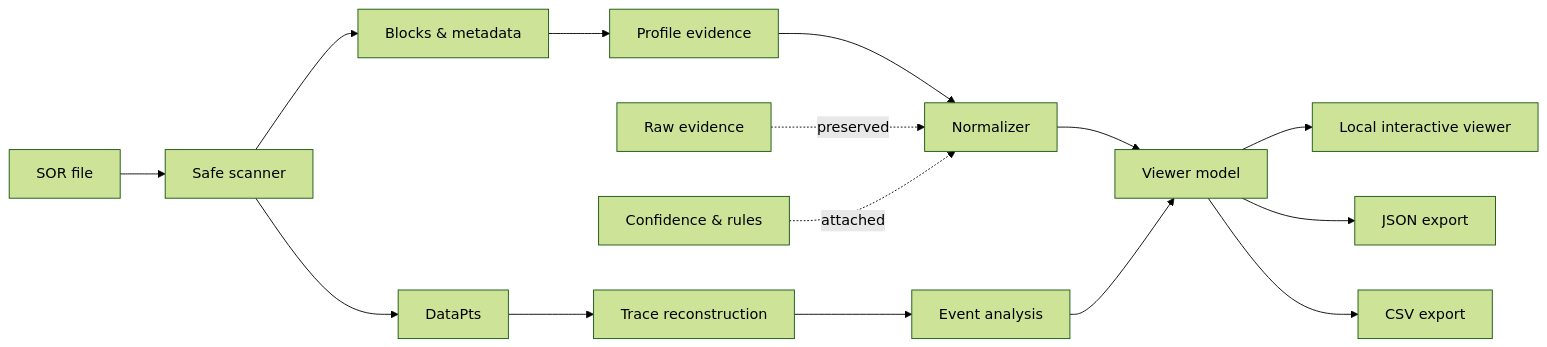
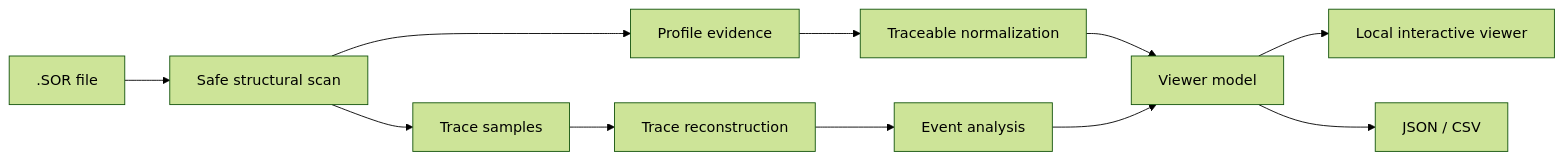
Before and after one commit to EstebanErazo500/OTDR_Inside: the diagram in README.md, drawn with Mermaid (forest theme). The commit also changed other lines of this file and 2 other files, not shown here.

````diff
--- a/README.md
+++ b/README.md
@@ -178,23 +53,13 @@
 ```mermaid
 flowchart LR
-    A["SOR file"] --> B["Safe scanner"]
-
-    B --> C["Blocks & metadata"]
-    B --> D["DataPts"]
-
-    C --> E["Profile evidence"]
-    E --> F["Normalizer"]
-
-    D --> G["Trace reconstruction"]
-    G --> H["Event analysis"]
-
-    F --> I["Viewer model"]
-    H --> I
-
-    I --> J["Local interactive viewer"]
-    I --> K["JSON export"]
-    I --> L["CSV export"]
-
-    M["Raw evidence"] -. preserved .-> F
-    N["Confidence & rules"] -. attached .-> F
+    A[".SOR file"] --> B["Safe structural scan"]
+    B --> C["Profile evidence"]
+    B --> D["Trace samples"]
+    C --> E["Traceable normalization"]
+    D --> F["Trace reconstruction"]
+    F --> G["Event analysis"]
+    E --> H["Viewer model"]
+    G --> H
+    H --> I["Local interactive viewer"]
+    H --> J["JSON / CSV"]
 ```
````
